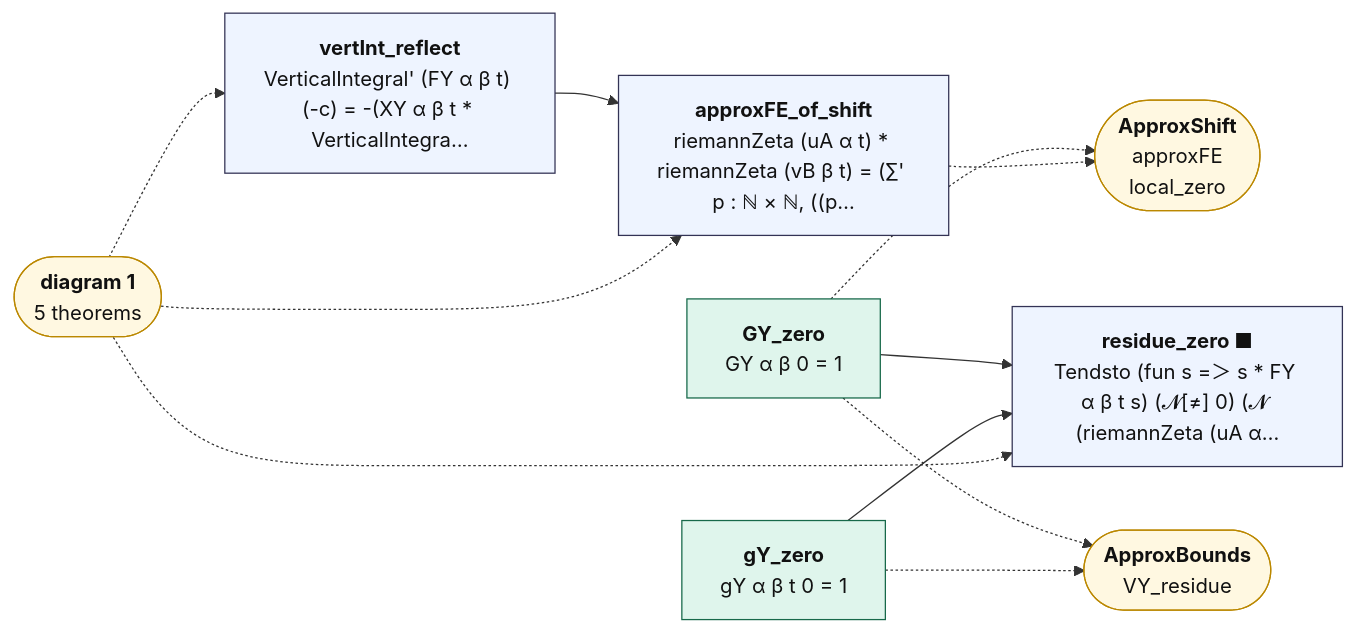
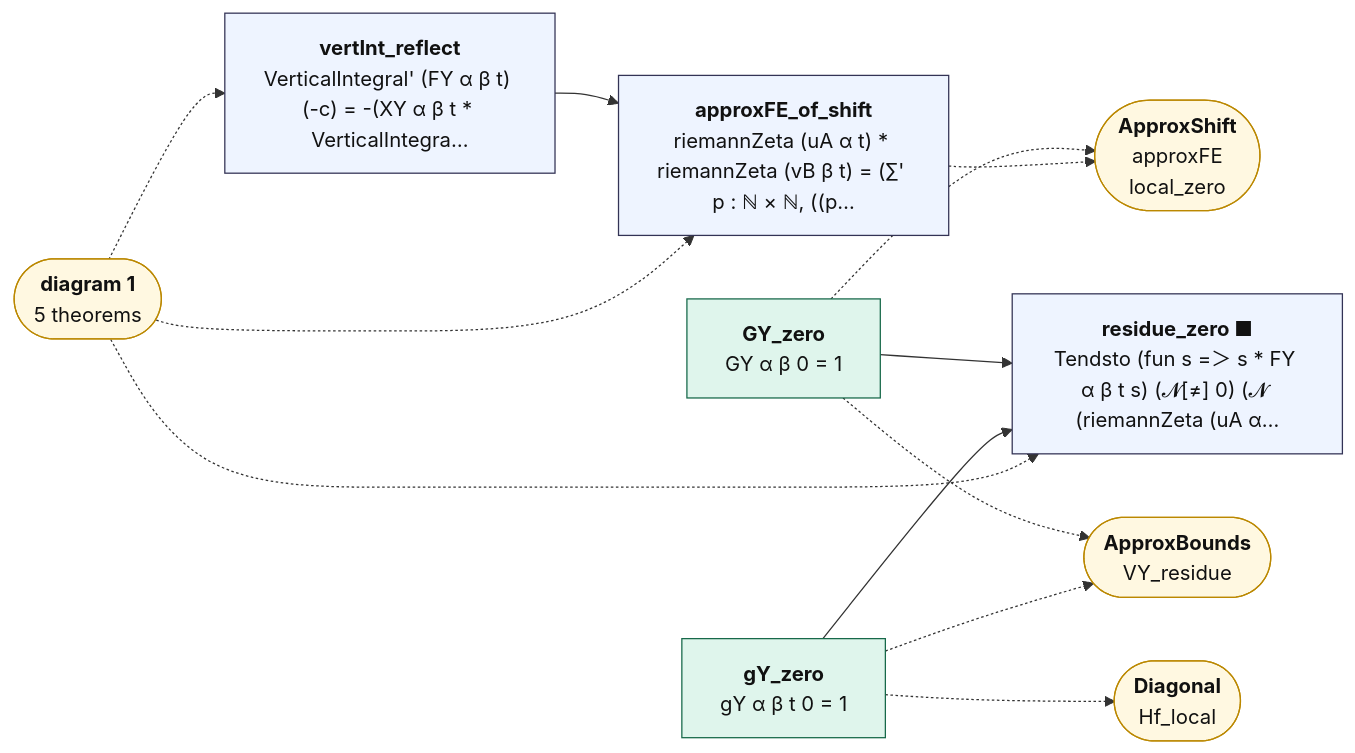
One commit to juliansambranojr/Primebeat_081426 changed the second of 2 diagrams in map/lean_stage3/ApproxFE.md. Above: the diagram before and after it, drawn with Mermaid. The commit also changed other lines of this file and 32 other files, not shown here.

````diff
--- a/map/lean_stage3/ApproxFE.md
+++ b/map/lean_stage3/ApproxFE.md
@@ -123,29 +130,31 @@
 ```mermaid
 flowchart LR
   n0["<b>vertInt_reflect</b><br/>VerticalIntegral' (FY α β t) (-c) = -(XY α β t * VerticalIntegra…"]:::thm
   n1["<b>GY_zero</b><br/>GY α β 0 = 1"]:::cnt
   n2["<b>gY_zero</b><br/>gY α β t 0 = 1"]:::cnt
   n3["<b>residue_zero ■</b><br/>Tendsto (fun s =＞ s * FY α β t s) (𝓝[≠] 0) (𝓝 (riemannZeta (uA α…"]:::thm
   n4["<b>approxFE_of_shift</b><br/>riemannZeta (uA α t) * riemannZeta (vB β t) = (∑' p : ℕ × ℕ, ((p…"]:::thm
   x0(["<b>diagram 1</b><br/>5 theorems"]):::ext
   x1(["<b>ApproxBounds</b><br/>VY_residue"]):::ext
   x2(["<b>ApproxShift</b><br/>approxFE<br/>local_zero"]):::ext
+  x3(["<b>Diagonal</b><br/>Hf_local"]):::ext
   n0 --> n4
   n1 --> n3
   n2 --> n3
   n1 -.-> x1
   n1 -.-> x2
   n2 -.-> x1
+  n2 -.-> x3
   n4 -.-> x2
   x0 -.-> n0
   x0 -.-> n3
   x0 -.-> n4
   classDef cnt fill:#dff5ec,stroke:#17694a,color:#111
   classDef shp fill:#f1ecfb,stroke:#5b3fa0,color:#111
   classDef rh fill:#ffe5e5,stroke:#c22,color:#111,stroke-width:2px
   classDef thm fill:#eef4ff,stroke:#335,color:#111
   classDef end_ fill:#e7f7e7,stroke:#2a7,color:#111,stroke-width:2px
   classDef lone fill:#fff,stroke:#999,color:#111,stroke-dasharray:4 3
   classDef bad fill:#ffe5e5,stroke:#c22,color:#111,stroke-width:2px
   classDef ext fill:#fff8e1,stroke:#b80,color:#111
 ```
````
